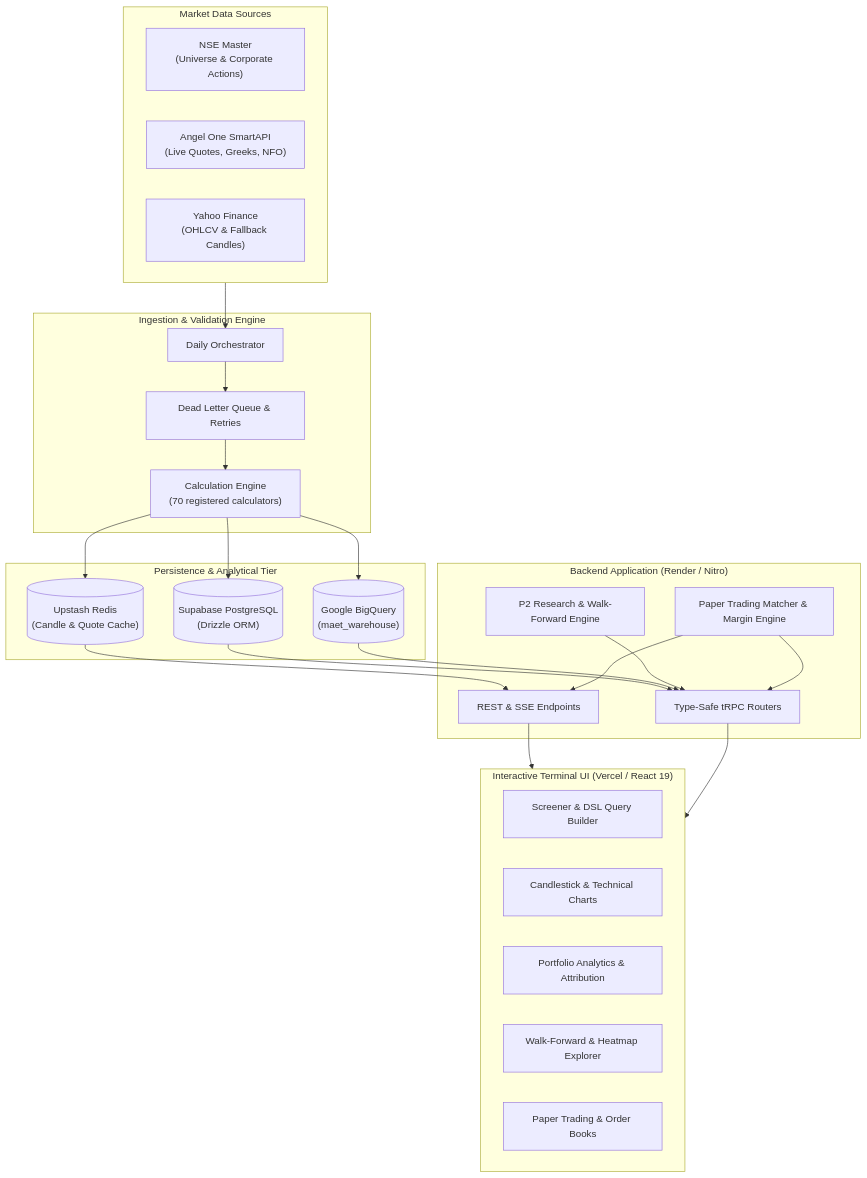
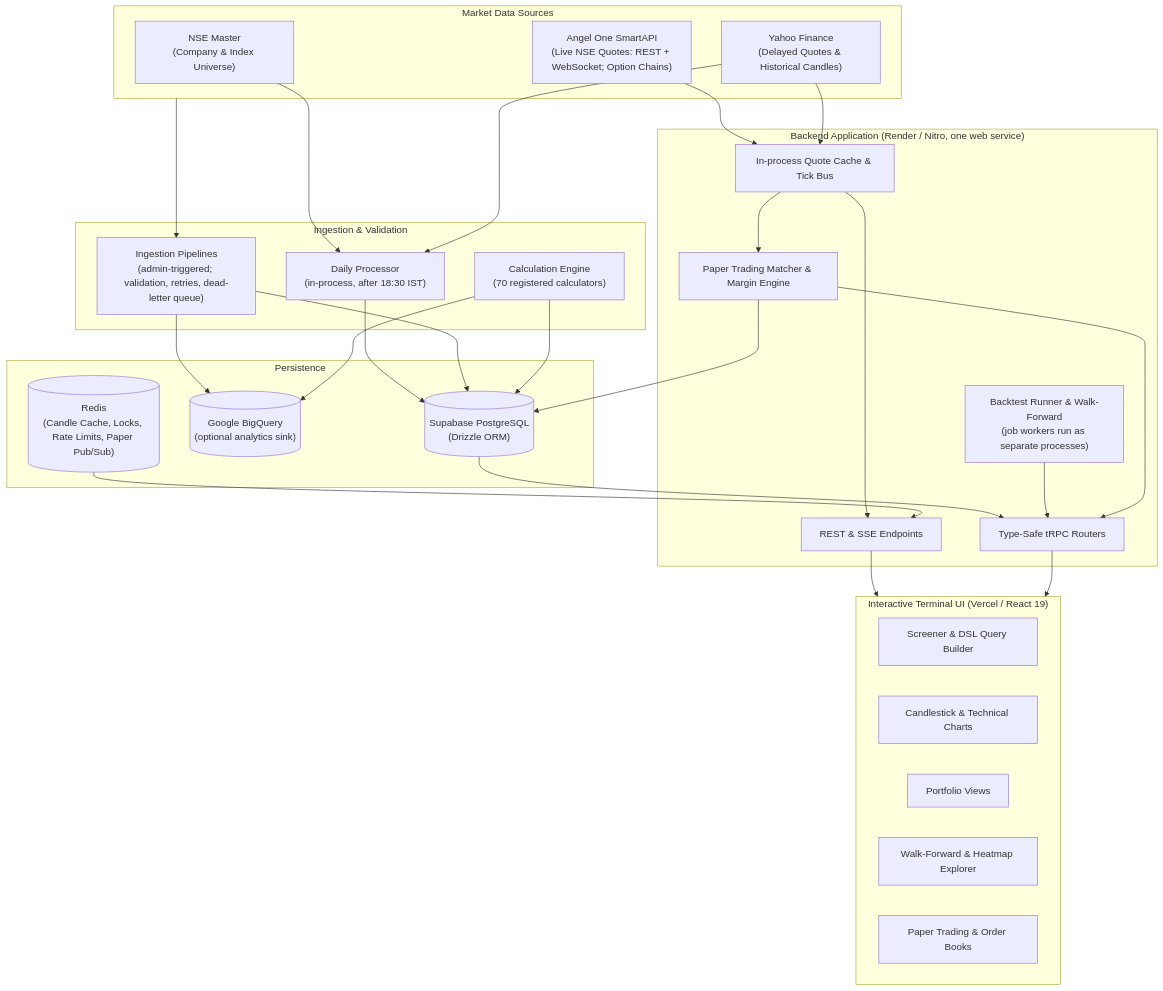
One commit to tanmay-alpha/MAET changed the diagram in README.md. Above: the diagram before and after it, drawn with Mermaid. The commit also changed other lines of this file and 5 other files, not shown here.

````diff
--- a/README.md
+++ b/README.md
@@ -26,52 +26,58 @@
 ```mermaid
 flowchart TB
     subgraph Providers["Market Data Sources"]
-        NSE["NSE Master\n(Universe & Corporate Actions)"]
-        Angel["Angel One SmartAPI\n(Live Quotes, Greeks, NFO)"]
-        Yahoo["Yahoo Finance\n(OHLCV & Fallback Candles)"]
+        NSE["NSE Master\n(Company & Index Universe)"]
+        Angel["Angel One SmartAPI\n(Live NSE Quotes: REST + WebSocket; Option Chains)"]
+        Yahoo["Yahoo Finance\n(Delayed Quotes & Historical Candles)"]
     end
 
-    subgraph Ingestion["Ingestion & Validation Engine"]
-        Orchestrator["Daily Orchestrator"]
-        DLQ["Dead Letter Queue & Retries"]
+    subgraph Ingestion["Ingestion & Validation"]
+        Daily["Daily Processor\n(in-process, after 18:30 IST)"]
+        Pipelines["Ingestion Pipelines\n(admin-triggered; validation, retries, dead-letter queue)"]
         CalcEngine["Calculation Engine\n(70 registered calculators)"]
     end
 
-    subgraph Storage["Persistence & Analytical Tier"]
+    subgraph Storage["Persistence"]
         DB[("Supabase PostgreSQL\n(Drizzle ORM)")]
-        BQ[("Google BigQuery\n(maet_warehouse)")]
-        Redis[("Upstash Redis\n(Candle & Quote Cache)")]
+        BQ[("Google BigQuery\n(optional analytics sink)")]
+        Redis[("Redis\n(Candle Cache, Locks, Rate Limits, Paper Pub/Sub)")]
     end
 
-    subgraph Backend["Backend Application (Render / Nitro)"]
+    subgraph Backend["Backend Application (Render / Nitro, one web service)"]
+        Live["In-process Quote Cache & Tick Bus"]
         API["REST & SSE Endpoints"]
         TRPC["Type-Safe tRPC Routers"]
-        Research["P2 Research & Walk-Forward Engine"]
+        Research["Backtest Runner & Walk-Forward\n(job workers run as separate processes)"]
         Paper["Paper Trading Matcher & Margin Engine"]
     end
 
     subgraph Frontend["Interactive Terminal UI (Vercel / React 19)"]
         ScreenerUI["Screener & DSL Query Builder"]
         ChartUI["Candlestick & Technical Charts"]
-        PortfolioUI["Portfolio Analytics & Attribution"]
+        PortfolioUI["Portfolio Views"]
         WFOUI["Walk-Forward & Heatmap Explorer"]
         TradingUI["Paper Trading & Order Books"]
     end
 
-    Providers --> Orchestrator
-    Orchestrator --> DLQ
-    DLQ --> CalcEngine
+    Angel --> Live
+    Yahoo --> Live
+    Live --> Paper
+    Live --> API
+    NSE --> Daily
+    Yahoo --> Daily
+    Daily --> DB
+    Providers --> Pipelines
+    Pipelines --> DB
+    Pipelines --> BQ
     CalcEngine --> DB
     CalcEngine --> BQ
-    CalcEngine --> Redis
 
     DB --> TRPC
-    BQ --> TRPC
     Redis --> API
     Research --> TRPC
-    Paper --> API
     Paper --> TRPC
+    Paper --> DB
 
     API --> Frontend
     TRPC --> Frontend
 ```
````
